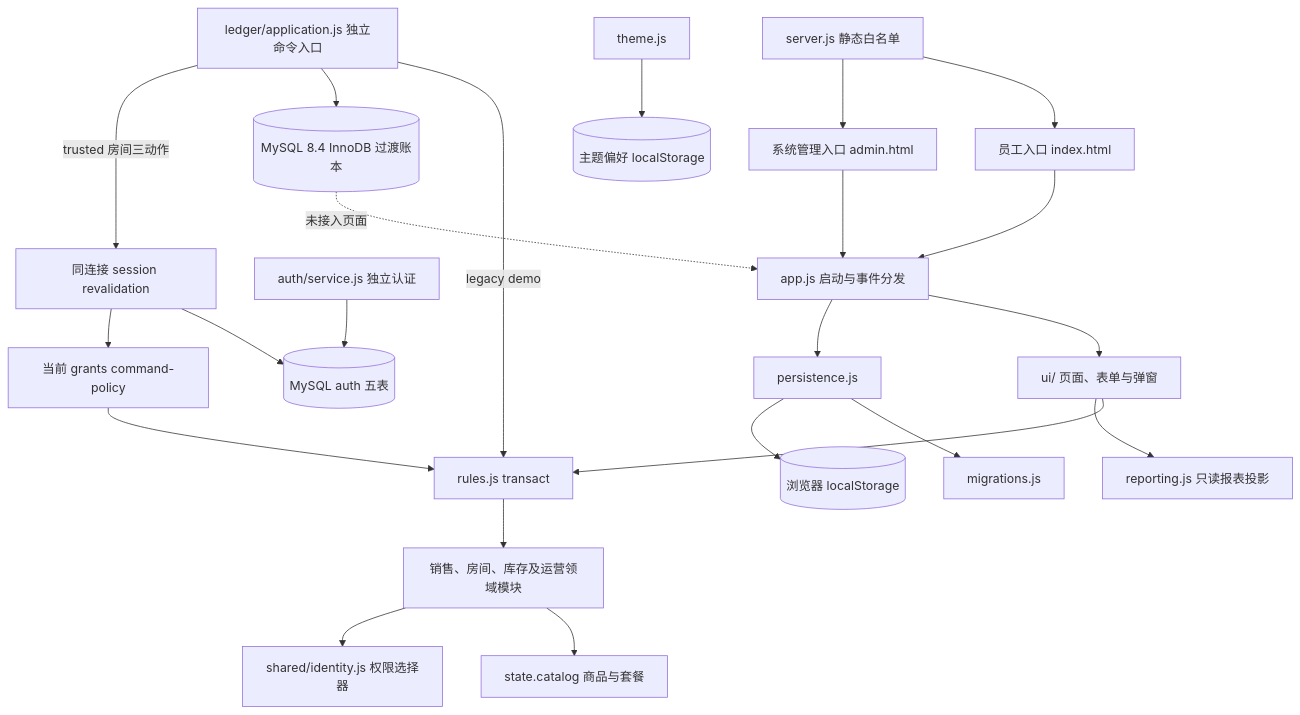
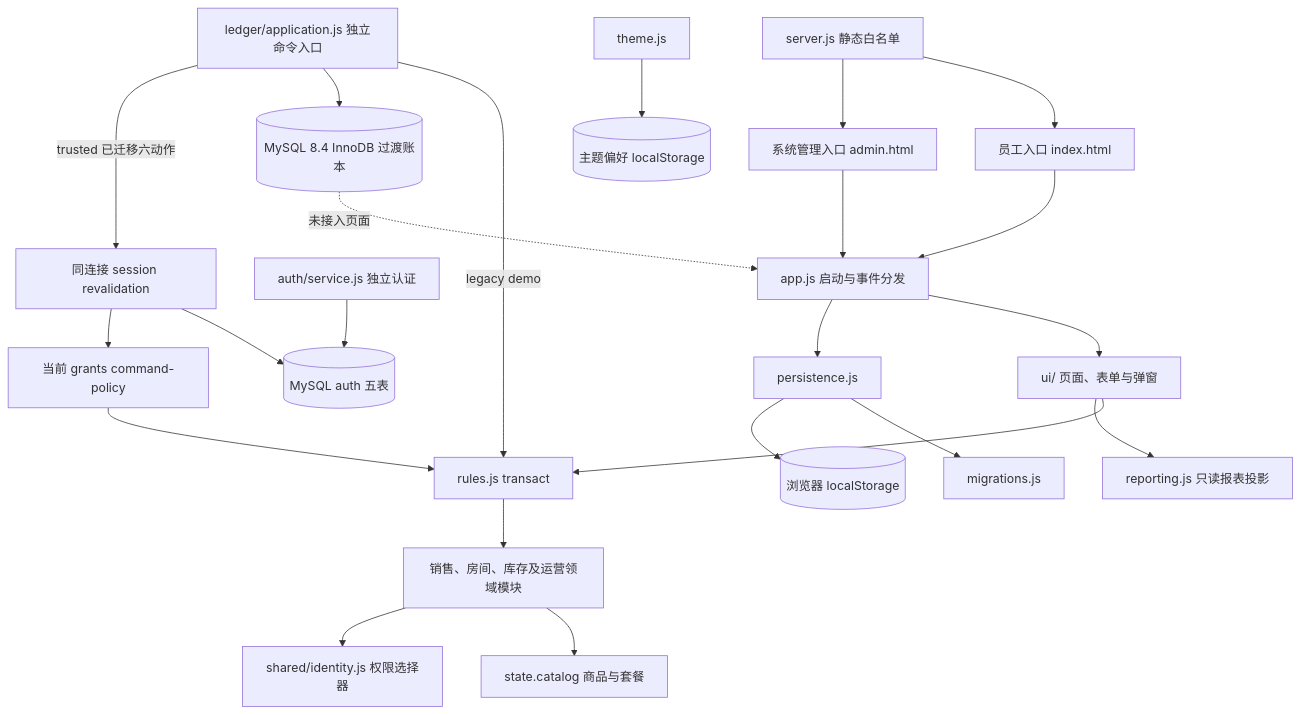
The diagram in docs/ARCHITECTURE.md (Richard-Zhuo/codex-KTV), drawn with Mermaid before and after one commit. The commit also changed other lines of this file and 10 other files, not shown here.

````diff
--- a/docs/ARCHITECTURE.md
+++ b/docs/ARCHITECTURE.md
@@ -7,25 +7,25 @@
 ```mermaid
 flowchart TD
   E[员工入口 index.html] --> APP[app.js 启动与事件分发]
   A[系统管理入口 admin.html] --> APP
   APP --> UI[ui/ 页面、表单与弹窗]
   APP --> P[persistence.js]
   P --> M[migrations.js]
   P --> LS[(浏览器 localStorage)]
   UI --> TX[rules.js transact]
   TX --> D[销售、房间、库存及运营领域模块]
   UI --> REP[reporting.js 只读报表投影]
   D --> C[state.catalog 商品与套餐]
   D --> ID[shared/identity.js 权限选择器]
   T[theme.js] --> PREF[(主题偏好 localStorage)]
   S[server.js 静态白名单] --> E
   S --> A
   L[ledger/application.js 独立命令入口] -->|legacy demo| TX
   L --> DB[(MySQL 8.4 InnoDB 过渡账本)]
   AUTH[auth/service.js 独立认证] --> AUTHDB[(MySQL auth 五表)]
-  L -->|trusted 房间三动作| RV[同连接 session revalidation]
+  L -->|trusted 已迁移六动作| RV[同连接 session revalidation]
   RV --> AUTHDB
   RV --> CP[当前 grants command-policy]
   CP --> TX
   DB -. 未接入页面 .-> APP
 ```
````
